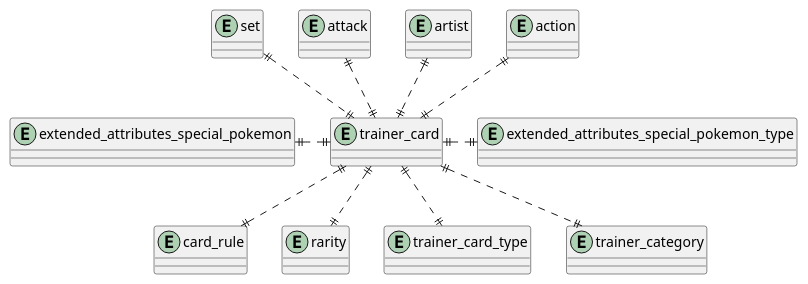
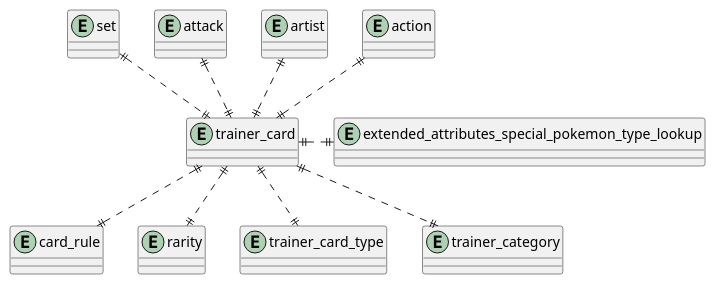
Before and after one commit to pkgreen90/pokemon-tcg-data: the diagram in schema/entity_relationship_diagrams/trainer-card-relationships.puml, drawn with PlantUML. The commit also changed 7 other files, not shown here.

Commit message:
Upated plantuml diagrams and files

```diff
--- a/schema/entity_relationship_diagrams/trainer-card-relationships.puml
+++ b/schema/entity_relationship_diagrams/trainer-card-relationships.puml
@@ -1,26 +1,24 @@
 @startuml trainer-card-relationships
 
 entity "action" as action {}
 entity "artist" as artist {}
 entity "attack" as attack {}
 entity "card_rule" as card_rule {}
-entity "extended_attributes_special_pokemon" as extended_attributes_special_pokemon {}
-entity "extended_attributes_special_pokemon_type" as extended_attributes_special_pokemon_type {}
+entity "extended_attributes_special_pokemon_type_lookup" as extended_attributes_special_pokemon_type_lookup {}
 entity "rarity" as rarity {}
 entity "set" as set {}
 entity "trainer_card" as trainer_card {}
 entity "trainer_card_type" as trainer_card_type {}
 entity "trainer_category" as trainer_category {}
 
 trainer_card ||..up|| action
 trainer_card ||..up|| artist
 trainer_card ||..up|| attack 
-trainer_card ||..left|| extended_attributes_special_pokemon
-trainer_card ||..right|| extended_attributes_special_pokemon_type
+trainer_card ||..right|| extended_attributes_special_pokemon_type_lookup
 trainer_card ||..|| rarity
 trainer_card ||..up|| set
 trainer_card ||..|| trainer_card_type
 trainer_card ||..|| trainer_category
 trainer_card ||..|| card_rule
 
 @enduml
```
